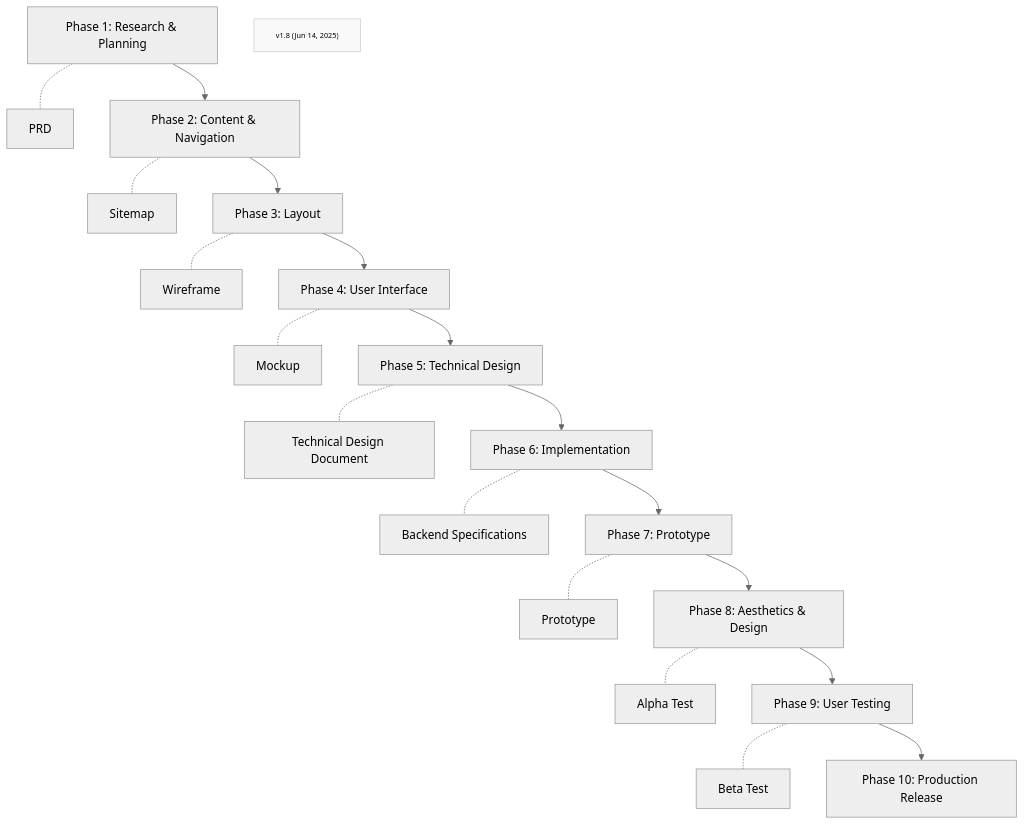
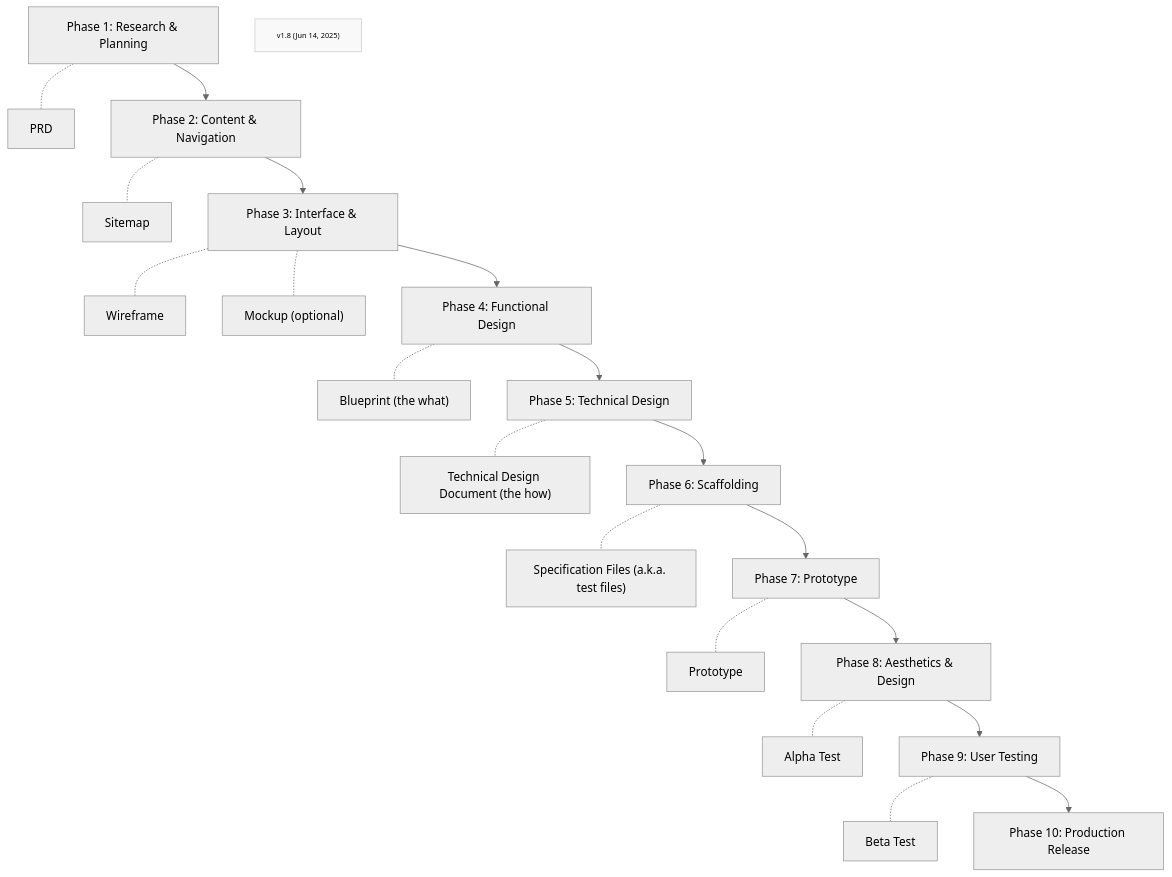
Before and after one commit to Mharbulous/Front-First-Method: the first of 2 diagrams in Phases/FF-overview.md, drawn with Mermaid (neutral theme).

````diff
--- a/Phases/FF-overview.md
+++ b/Phases/FF-overview.md
@@ -1,25 +1,26 @@
 ```mermaid
 graph TD
     Phase1["Phase 1: Research & Planning"] -.- PRD["PRD"]
     Phase1 --> Phase2["Phase 2: Content & Navigation"]
     Phase2 -.- Sitemap["Sitemap"]
-    Phase2 --> Phase3["Phase 3: Layout"]
+    Phase2 --> Phase3["Phase 3: Interface & Layout"]
     Phase3 -.- Wireframe["Wireframe"]
-    Phase3 --> Phase4["Phase 4: User Interface"]
-    Phase4 -.- Mockup["Mockup"]
+    Phase3 -.- Mockup["Mockup (optional)"]
+    Phase3 --> Phase4["Phase 4: Functional Design"]
+    Phase4 -.- Blueprint["Blueprint (the what)"]
     Phase4 --> Phase5["Phase 5: Technical Design"]
-    Phase5 -.- TechDesign["Technical Design Document"]
-    Phase5 --> Phase6["Phase 6: Implementation"]
-    Phase6 -.- Specs["Backend Specifications"]
+    Phase5 -.- TechDesign["Technical Design Document (the how)"]
+    Phase5 --> Phase6["Phase 6: Scaffolding"]
+    Phase6 -.- Specs["Specification Files (a.k.a. test files)"]
     Phase6 --> Phase7["Phase 7: Prototype"]
     Phase7 -.- Prototype["Prototype"]
     Phase7 --> Phase8["Phase 8: Aesthetics & Design"]
     Phase8 -.- Alpha["Alpha Test"]
     Phase8 --> Phase9["Phase 9: User Testing"]
     Phase9 -.- Beta["Beta Test"]
     Phase9 --> Phase10["Phase 10: Production Release"]
 
     VersionInfo["v1.8 (Jun 14, 2025)"]
     classDef version fill:#f9f9f9,stroke:#ccc,font-size:10px;
     class VersionInfo version
 ```
````
